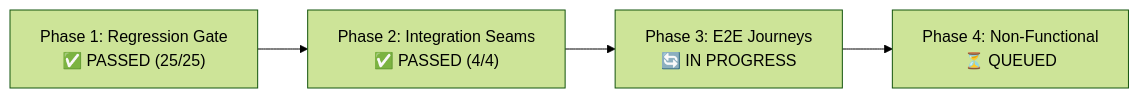
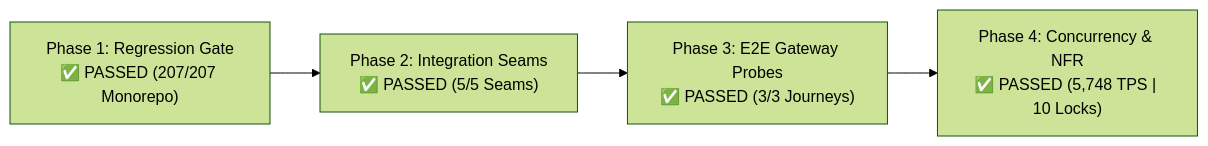
The diagram in docs/PK_TEST_EXECUTION_RUNBOOK.md (integrated-capstone-group-1/cloud-staging-test), drawn with Mermaid (forest theme) before and after one commit. The commit also changed other lines of this file and 5 other files, not shown here.

Commit message:
test(pk-auth): update comprehensive test runbook and fix ledger audit leg sequence persistence

````diff
--- a/docs/PK_TEST_EXECUTION_RUNBOOK.md
+++ b/docs/PK_TEST_EXECUTION_RUNBOOK.md
@@ -16,6 +12,6 @@
 ```mermaid
 flowchart LR
-    P1["Phase 1: Regression Gate<br/>✅ PASSED (25/25)"] --> P2["Phase 2: Integration Seams<br/>✅ PASSED (4/4)"]
-    P2 --> P3["Phase 3: E2E Journeys<br/>🔄 IN PROGRESS"]
-    P3 --> P4["Phase 4: Non-Functional<br/>⏳ QUEUED"]
+    P1["Phase 1: Regression Gate<br/>✅ PASSED (207/207 Monorepo)"] --> P2["Phase 2: Integration Seams<br/>✅ PASSED (5/5 Seams)"]
+    P2 --> P3["Phase 3: E2E Gateway Probes<br/>✅ PASSED (3/3 Journeys)"]
+    P3 --> P4["Phase 4: Concurrency & NFR<br/>✅ PASSED (5,748 TPS | 10 Locks)"]
 ```
````
